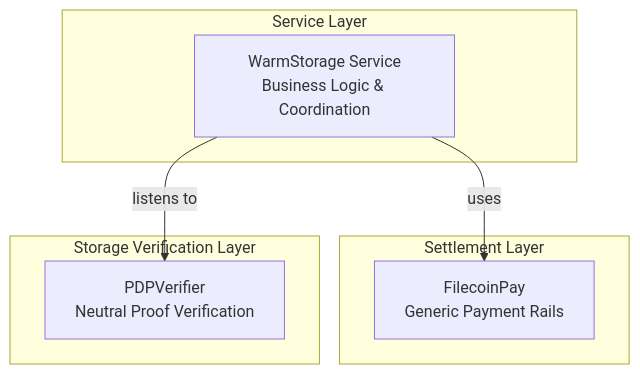
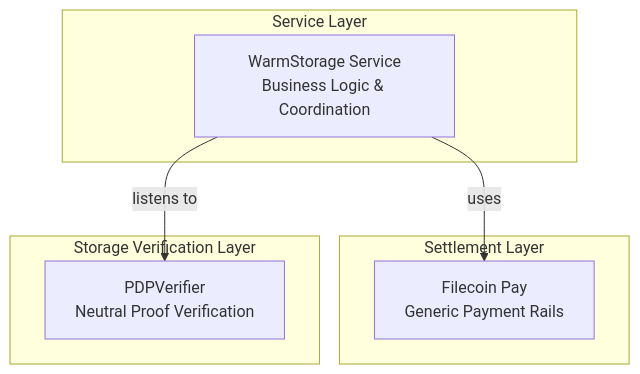
One commit to FilOzone/synapse-sdk changed the diagram in docs/src/content/docs/core-concepts/architecture.mdx. Above: the diagram before and after it, drawn with Mermaid.

````diff
--- a/docs/src/content/docs/core-concepts/architecture.mdx
+++ b/docs/src/content/docs/core-concepts/architecture.mdx
@@ -63,17 +63,17 @@
 ```mermaid
 graph TB
     subgraph "Service Layer"
         WS[WarmStorage Service<br/>Business Logic & Coordination]
     end
 
     subgraph "Settlement Layer"
-        FP[FilecoinPay<br/> Generic Payment Rails]
+        FP[Filecoin Pay<br/> Generic Payment Rails]
     end
 
     subgraph "Storage Verification Layer"
         PDP[PDPVerifier<br/> Neutral Proof Verification]
     end
 
     WS -->|uses| FP
     WS -->|listens to| PDP
 ```
````
